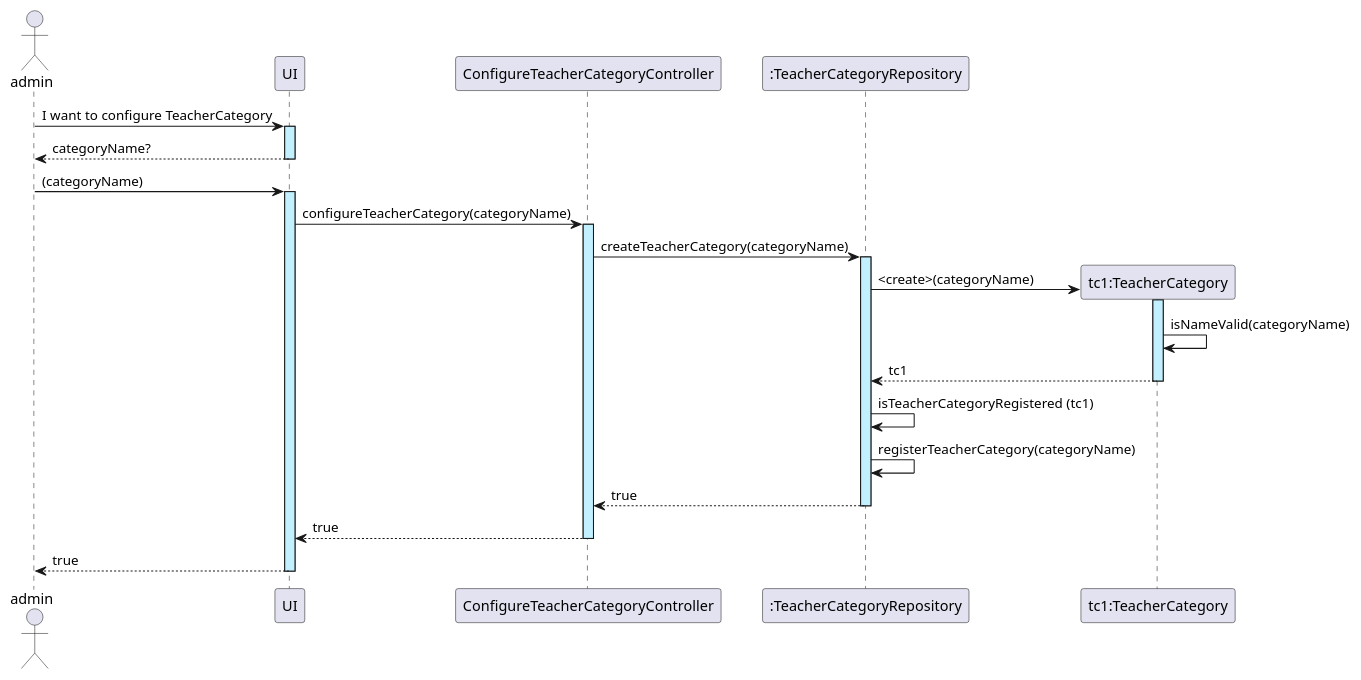
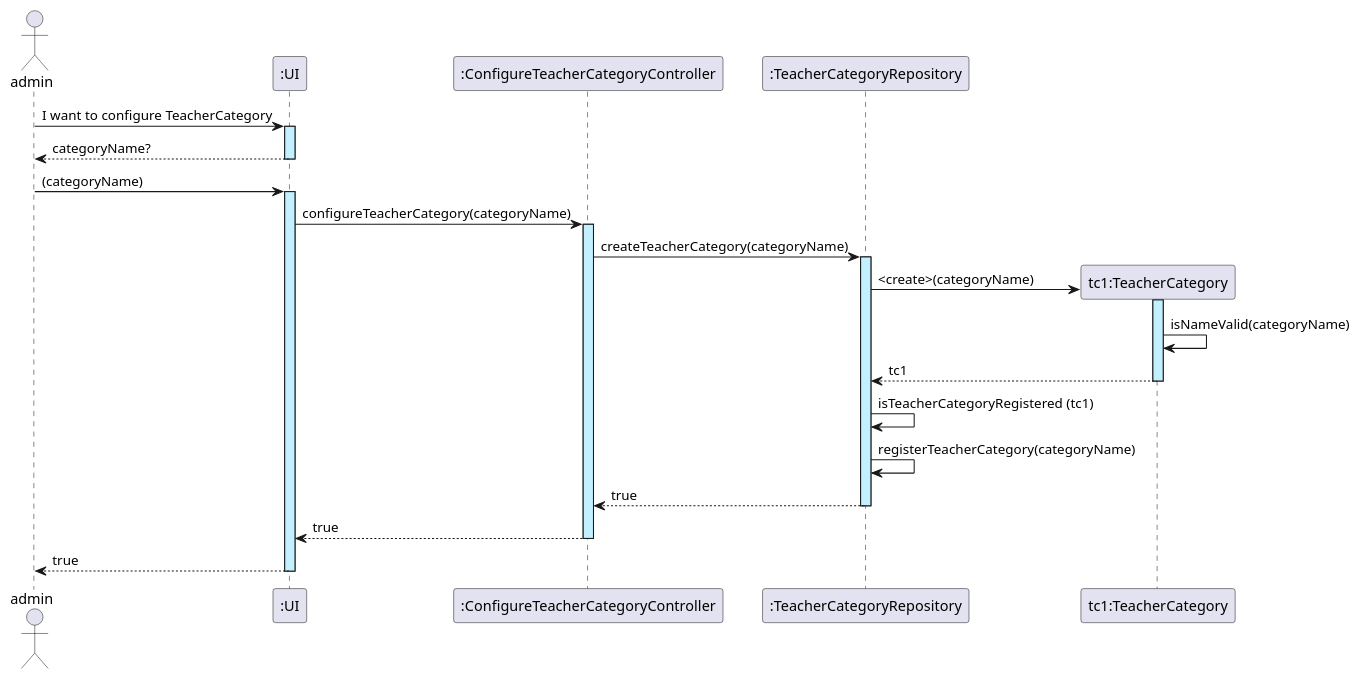
One commit to GasparISEP/DevOps-PAI changed the diagram in docs/sequenceSystemDiagrams/Sprint_1/US01_ConfigureTeacherCategoriesInSystem.puml. Above: the diagram before and after it, drawn with PlantUML. The commit also changed 1 other file, not shown here.

```diff
--- a/docs/sequenceSystemDiagrams/Sprint_1/US01_ConfigureTeacherCategoriesInSystem.puml
+++ b/docs/sequenceSystemDiagrams/Sprint_1/US01_ConfigureTeacherCategoriesInSystem.puml
@@ -1,28 +1,28 @@
 @startuml
 actor admin
 
 
 
-admin -> UI ++ #application : I want to configure TeacherCategory
+admin -> ":UI" as UI ++ #application : I want to configure TeacherCategory
 UI --> admin -- : categoryName?
 
 admin -> UI ++ #application :(categoryName)
 
 
-UI -> ConfigureTeacherCategoryController ++ #application : configureTeacherCategory(categoryName)
+UI -> ":ConfigureTeacherCategoryController" as ConfigureTeacherCategoryController ++ #application : configureTeacherCategory(categoryName)
 
 participant ":TeacherCategoryRepository" as TeacherCategoryRepository
 ConfigureTeacherCategoryController -> TeacherCategoryRepository ++ #application : createTeacherCategory(categoryName)
 
 create "tc1:TeacherCategory" as TeacherCategory
 TeacherCategoryRepository -> TeacherCategory ++ #application : <create>(categoryName)
 TeacherCategory -> TeacherCategory: isNameValid(categoryName)
 TeacherCategory --> TeacherCategoryRepository -- : tc1
 TeacherCategoryRepository -> TeacherCategoryRepository : isTeacherCategoryRegistered (tc1)
 TeacherCategoryRepository -> TeacherCategoryRepository : registerTeacherCategory(categoryName)
 
 TeacherCategoryRepository --> ConfigureTeacherCategoryController --: true
 
 ConfigureTeacherCategoryController --> UI --: true
 UI --> admin --: true
 @enduml
```
